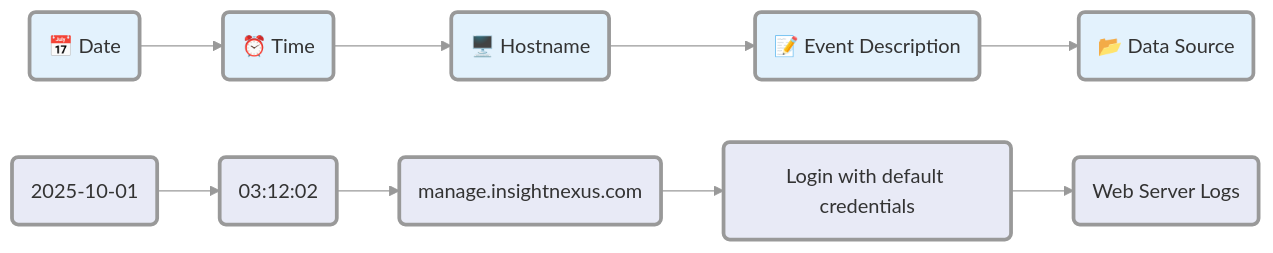
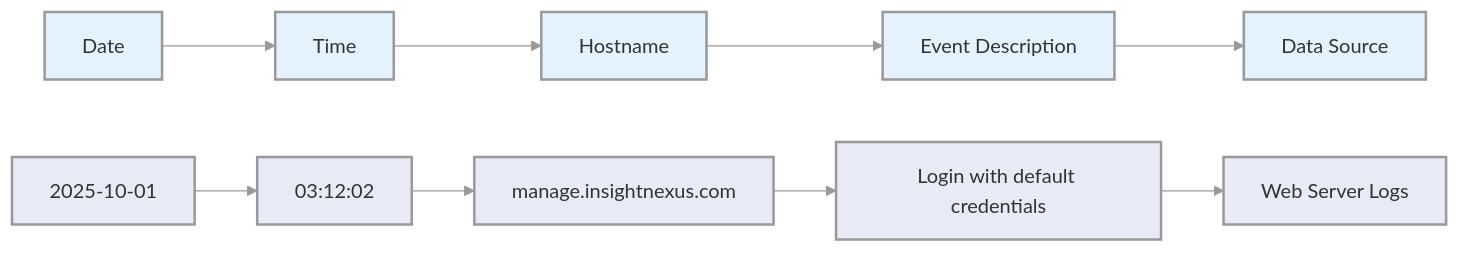
Before and after one commit to manojxshrestha/SOC-Analyst-Cheatsheet: diagram 17 of 29 in 1-Incident-Handling-Process/README.md, drawn with Mermaid.

Commit message:
feat: SOC Analyst cheatsheet

````diff
--- a/1-Incident-Handling-Process/README.md
+++ b/1-Incident-Handling-Process/README.md
@@ -654,18 +654,18 @@
 ```mermaid
 %%{init: {'theme': 'base', 'themeVariables': { 'lineColor': '#999', 'nodeBorder': '#999'}}}%%
-graph LR
-    Date(📅 Date) --> Time(⏰ Time)
-    Time --> Hostname(🖥️ Hostname)
-    Hostname --> Event(📝 Event Description)
-    Event --> Source(📂 Data Source)
+flowchart LR
+    A[Date] --> B[Time]
+    B --> C[Hostname]
+    C --> D[Event Description]
+    D --> E[Data Source]
     
-    Example1(2025-10-01) --> Ex1(03:12:02)
-    Ex1 --> Ex2(manage.insightnexus.com)
-    Ex2 --> Ex3(Login with default credentials)
-    Ex3 --> Ex4(Web Server Logs)
+    F[2025-10-01] --> G[03:12:02]
+    G --> H[manage.insightnexus.com]
+    H --> I[Login with default credentials]
+    I --> J[Web Server Logs]
     
-    classDef timeline fill:#e3f2fd,stroke:#999,stroke-width:3px,color:#333;
-    classDef example fill:#e8eaf6,stroke:#999,stroke-width:3px,color:#333;
-    class Date,Time,Hostname,Event,Source timeline;
-    class Example1,Ex1,Ex2,Ex3,Ex4 example;
+    classDef template fill:#e3f2fd,stroke:#999,stroke-width:2px,color:#333;
+    classDef sample fill:#e8eaf6,stroke:#999,stroke-width:2px,color:#333;
+    class A,B,C,D,E template;
+    class F,G,H,I,J sample;
 ```
````
